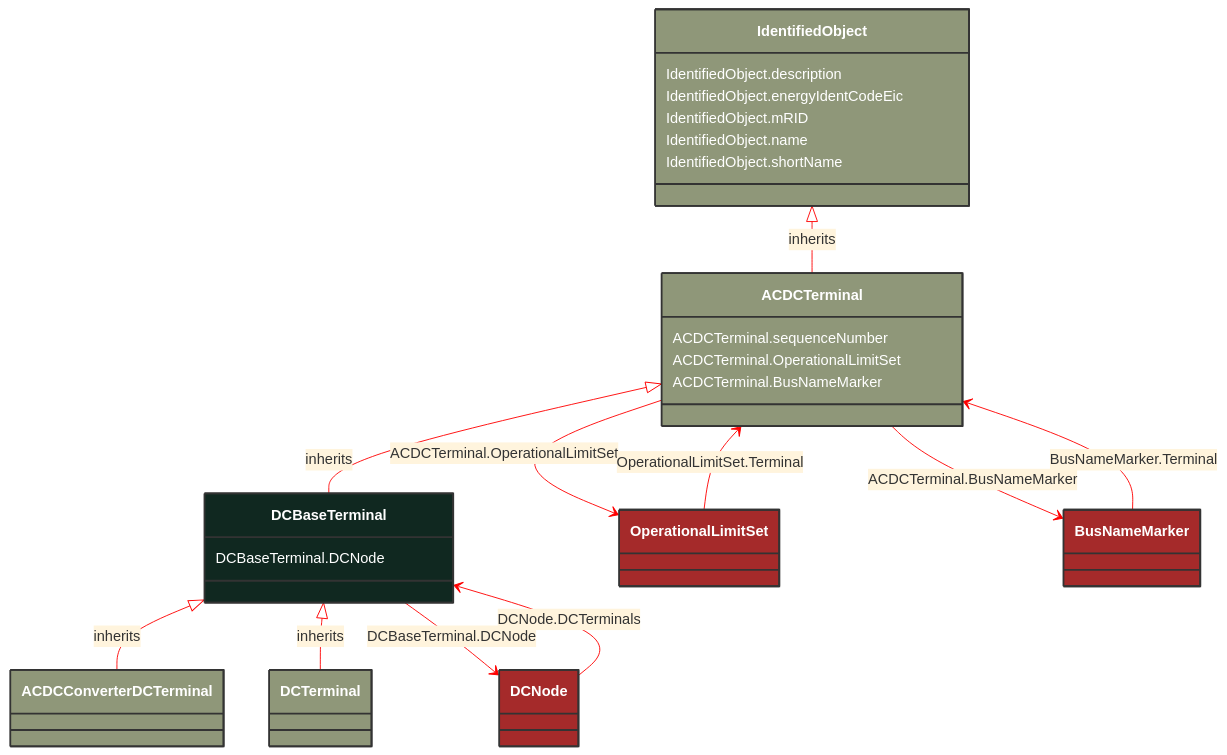
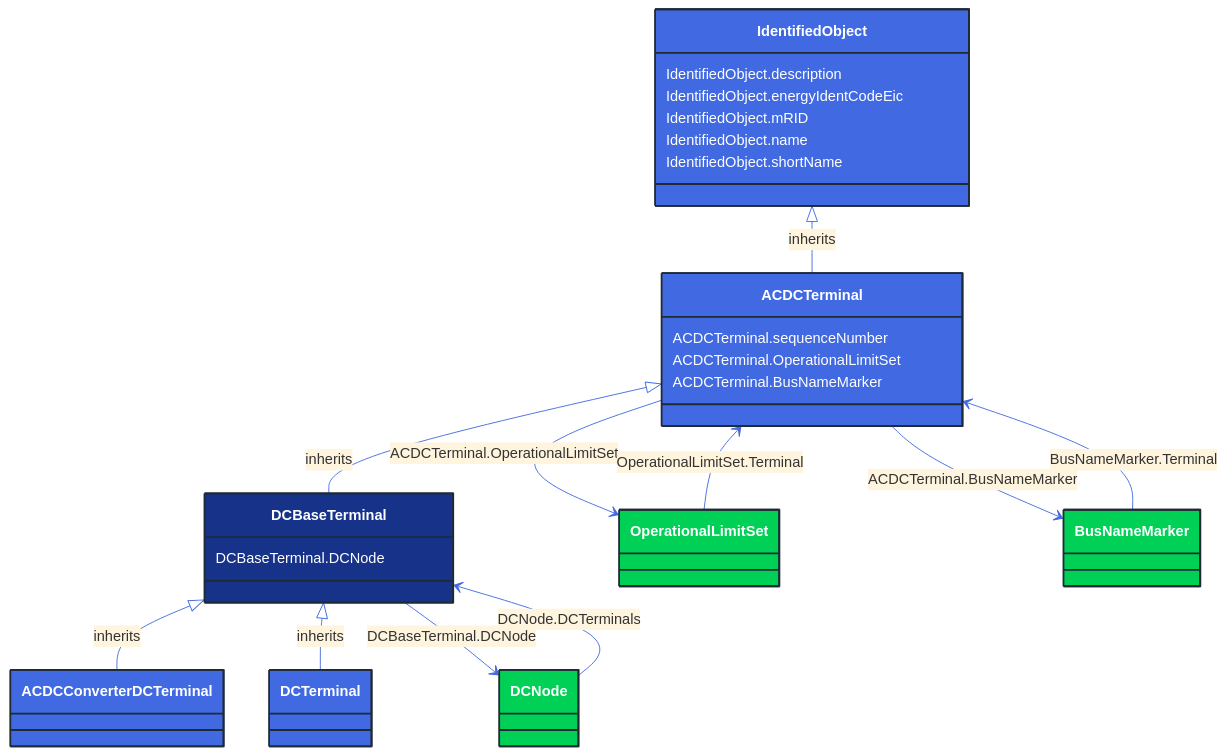
The diagram in docs/Models/Profiles/CoreEquipment/AbstractClasses/DCBaseTerminal.md (3lbits/NoCIMExtensions), drawn with Mermaid before and after one commit. The commit also changed 362 other files, not shown here.

First line of the commit message:
Update diagrams and styles for improved visual consistency

````diff
--- a/docs/Models/Profiles/CoreEquipment/AbstractClasses/DCBaseTerminal.md
+++ b/docs/Models/Profiles/CoreEquipment/AbstractClasses/DCBaseTerminal.md
@@ -10,72 +10,72 @@
 ```mermaid
-%%{init: {'theme':'base','themeVariables': {'lineColor': '#FF0000'}}}%%
+%%{init: {'theme':'base','themeVariables': {'lineColor': '#4169E1'}}}%%
 classDiagram
     class DCBaseTerminal
     click DCBaseTerminal href "/Models/Profiles/CoreEquipment/AbstractClasses/DCBaseTerminal/"
-    style DCBaseTerminal fill:#102820,stroke:#333,stroke-width:2px,rx:10,ry:10,color:white
+    style DCBaseTerminal fill:#163289,stroke:#1F2A37,stroke-width:2px,rx:10,ry:10,color:white
 
         DCBaseTerminal <|-- ACDCConverterDCTerminal : inherits
 
         ACDCConverterDCTerminal
             click ACDCConverterDCTerminal href "/Models/Profiles/CoreEquipment/ConcreteClasses/ACDCConverterDCTerminal/"
-            style ACDCConverterDCTerminal fill:#8F9779,stroke:#333,stroke-width:2px,rx:10,ry:10,color:white
+            style ACDCConverterDCTerminal fill:#4169E1,stroke:#1F2A37,stroke-width:2px,rx:10,ry:10,color:white
 
         DCBaseTerminal <|-- DCTerminal : inherits
 
         DCTerminal
             click DCTerminal href "/Models/Profiles/CoreEquipment/ConcreteClasses/DCTerminal/"
-            style DCTerminal fill:#8F9779,stroke:#333,stroke-width:2px,rx:10,ry:10,color:white
+            style DCTerminal fill:#4169E1,stroke:#1F2A37,stroke-width:2px,rx:10,ry:10,color:white
      
         ACDCTerminal <|-- DCBaseTerminal : inherits
             click ACDCTerminal href "/Models/Profiles/CoreEquipment/AbstractClasses/ACDCTerminal/"
-            style ACDCTerminal fill:#8F9779,stroke:#333,stroke-width:2px,rx:10,ry:10,color:white
+            style ACDCTerminal fill:#4169E1,stroke:#1F2A37,stroke-width:2px,rx:10,ry:10,color:white
      
         IdentifiedObject <|-- ACDCTerminal : inherits
             click IdentifiedObject href "/Models/Profiles/CoreEquipment/AbstractClasses/IdentifiedObject/"
-            style IdentifiedObject fill:#8F9779,stroke:#333,stroke-width:2px,rx:10,ry:10,color:white
+            style IdentifiedObject fill:#4169E1,stroke:#1F2A37,stroke-width:2px,rx:10,ry:10,color:white
 
         DCBaseTerminal --> DCNode : DCBaseTerminal.DCNode
 
         DCNode
             click DCNode href "/Models/Profiles/CoreEquipment/ConcreteClasses/DCNode/"
-            style DCNode fill:#A52A2A,stroke:#333,stroke-width:2px,rx:10,ry:10,color:white
+            style DCNode fill:#00D156,stroke:#1F2A37,stroke-width:2px,rx:10,ry:10,color:white
         ACDCTerminal --> OperationalLimitSet : ACDCTerminal.OperationalLimitSet
 
         OperationalLimitSet
             click OperationalLimitSet href "/Models/Profiles/CoreEquipment/ConcreteClasses/OperationalLimitSet/"
-            style OperationalLimitSet fill:#A52A2A,stroke:#333,stroke-width:2px,rx:10,ry:10,color:white
+            style OperationalLimitSet fill:#00D156,stroke:#1F2A37,stroke-width:2px,rx:10,ry:10,color:white
         ACDCTerminal --> BusNameMarker : ACDCTerminal.BusNameMarker
 
         BusNameMarker
             click BusNameMarker href "/Models/Profiles/CoreEquipment/ConcreteClasses/BusNameMarker/"
-            style BusNameMarker fill:#A52A2A,stroke:#333,stroke-width:2px,rx:10,ry:10,color:white
+            style BusNameMarker fill:#00D156,stroke:#1F2A37,stroke-width:2px,rx:10,ry:10,color:white
 
         BusNameMarker --> ACDCTerminal : BusNameMarker.Terminal
 
         BusNameMarker
             click BusNameMarker href "/Models/Profiles/CoreEquipment/ConcreteClasses/BusNameMarker/"
-            style BusNameMarker fill:#A52A2A,stroke:#333,stroke-width:2px,rx:10,ry:10,color:white
+            style BusNameMarker fill:#00D156,stroke:#1F2A37,stroke-width:2px,rx:10,ry:10,color:white
 
         DCNode --> DCBaseTerminal : DCNode.DCTerminals
 
         DCNode
             click DCNode href "/Models/Profiles/CoreEquipment/ConcreteClasses/DCNode/"
-            style DCNode fill:#A52A2A,stroke:#333,stroke-width:2px,rx:10,ry:10,color:white
+            style DCNode fill:#00D156,stroke:#1F2A37,stroke-width:2px,rx:10,ry:10,color:white
 
         OperationalLimitSet --> ACDCTerminal : OperationalLimitSet.Terminal
 
         OperationalLimitSet
             click OperationalLimitSet href "/Models/Profiles/CoreEquipment/ConcreteClasses/OperationalLimitSet/"
-            style OperationalLimitSet fill:#A52A2A,stroke:#333,stroke-width:2px,rx:10,ry:10,color:white
+            style OperationalLimitSet fill:#00D156,stroke:#1F2A37,stroke-width:2px,rx:10,ry:10,color:white
 
 
         DCBaseTerminal : DCBaseTerminal.DCNode
         ACDCTerminal : ACDCTerminal.sequenceNumber
         ACDCTerminal : ACDCTerminal.OperationalLimitSet
         ACDCTerminal : ACDCTerminal.BusNameMarker
         IdentifiedObject : IdentifiedObject.description
         IdentifiedObject : IdentifiedObject.energyIdentCodeEic
         IdentifiedObject : IdentifiedObject.mRID
         IdentifiedObject : IdentifiedObject.name
         IdentifiedObject : IdentifiedObject.shortName
 ```
````
